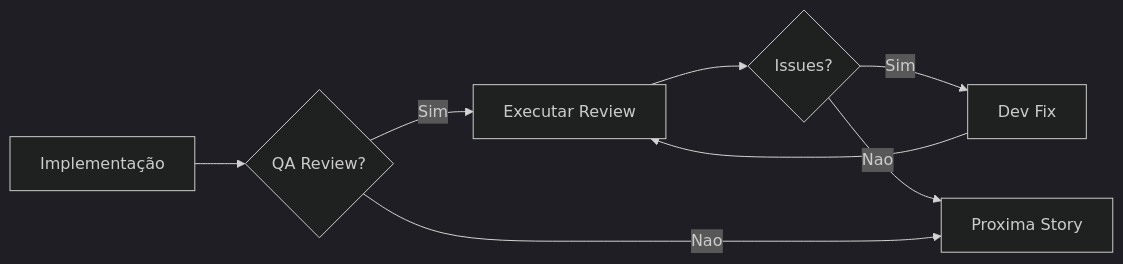
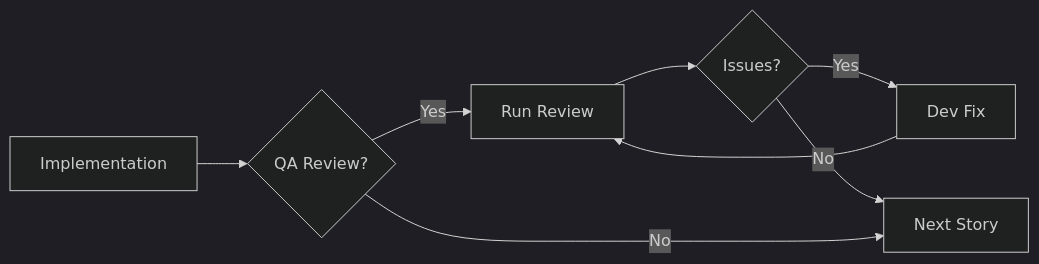
The seventh of 9 diagrams in docs/aexos-workflows/brownfield-fullstack-workflow.md (CyryxLabs/AEXOS), drawn with Mermaid (dark theme) before and after one commit. The commit also changed other lines of this file and 528 other files, not shown here.

````diff
--- a/docs/aexos-workflows/brownfield-fullstack-workflow.md
+++ b/docs/aexos-workflows/brownfield-fullstack-workflow.md
@@ -599,10 +599,10 @@
 ```mermaid
 flowchart LR
-    A[Implementação] --> B{QA Review?}
-    B -->|Sim| C[Executar Review]
+    A[Implementation] --> B{QA Review?}
+    B -->|Yes| C[Run Review]
     C --> D{Issues?}
-    D -->|Sim| E[Dev Fix]
+    D -->|Yes| E[Dev Fix]
     E --> C
-    D -->|Nao| F[Proxima Story]
-    B -->|Nao| F
+    D -->|No| F[Next Story]
+    B -->|No| F
 ```
````
